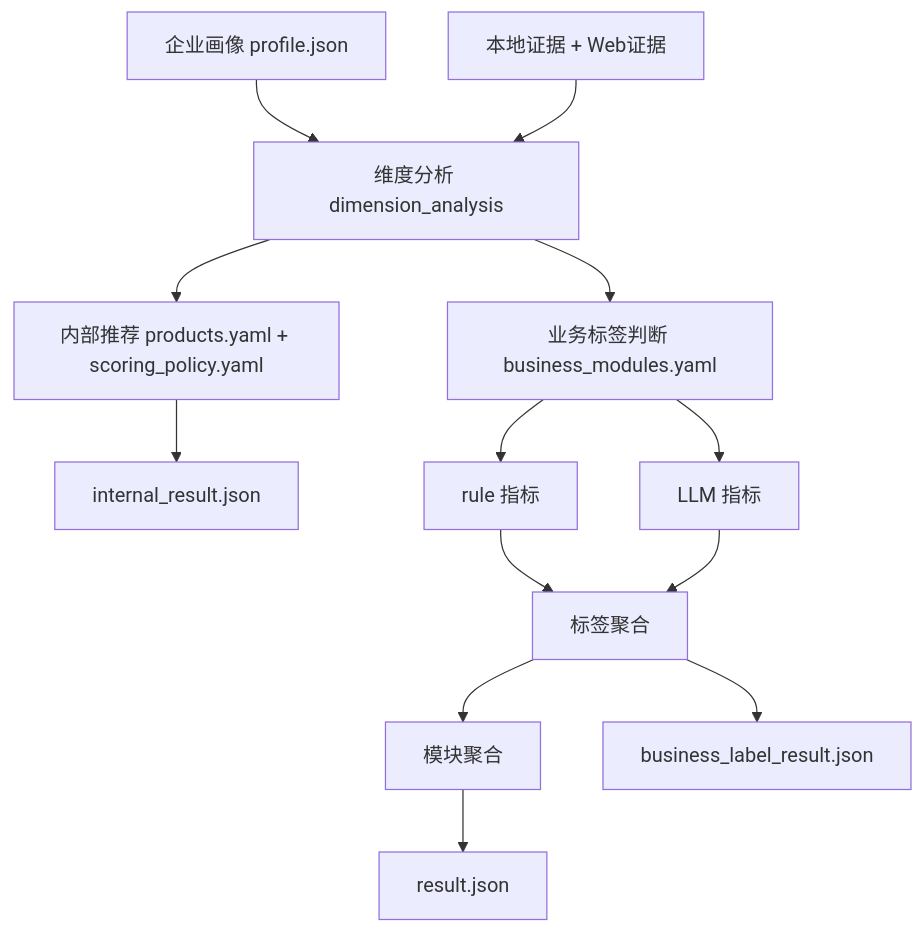
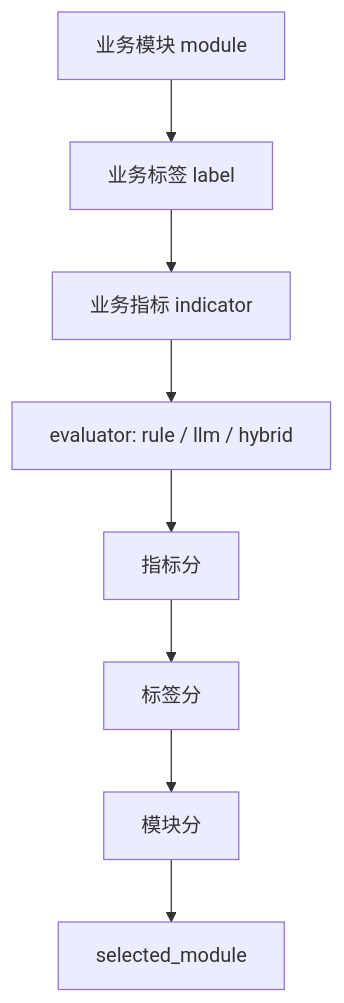
One commit to leeing/xft-dd changed the diagram in docs/SCORING.md. Above: the diagram before and after it, drawn with Mermaid. The commit also changed other lines of this file and 42 other files, not shown here.

````diff
--- a/docs/SCORING.md
+++ b/docs/SCORING.md
@@ -25,17 +7,10 @@
 ```mermaid
 flowchart TB
-    profile["企业画像 profile.json"] --> dim["维度分析 dimension_analysis"]
-    evidence["本地证据 + Web证据"] --> dim
-
-    dim --> internal["内部推荐 products.yaml + scoring_policy.yaml"]
-    internal --> internal_json["internal_result.json"]
-
-    dim --> business["业务标签判断 business_modules.yaml"]
-    business --> rule["rule 指标"]
-    business --> llm["LLM 指标"]
-    rule --> labels["标签聚合"]
-    llm --> labels
-    labels --> module["模块聚合"]
-    module --> result["result.json"]
-    labels --> trace["business_label_result.json"]
+    module["业务模块 module"] --> label["业务标签 label"]
+    label --> indicator["业务指标 indicator"]
+    indicator --> eval["evaluator: rule / llm / hybrid"]
+    eval --> score["指标分"]
+    score --> labelscore["标签分"]
+    labelscore --> modulescore["模块分"]
+    modulescore --> selected["selected_module"]
 ```
````
